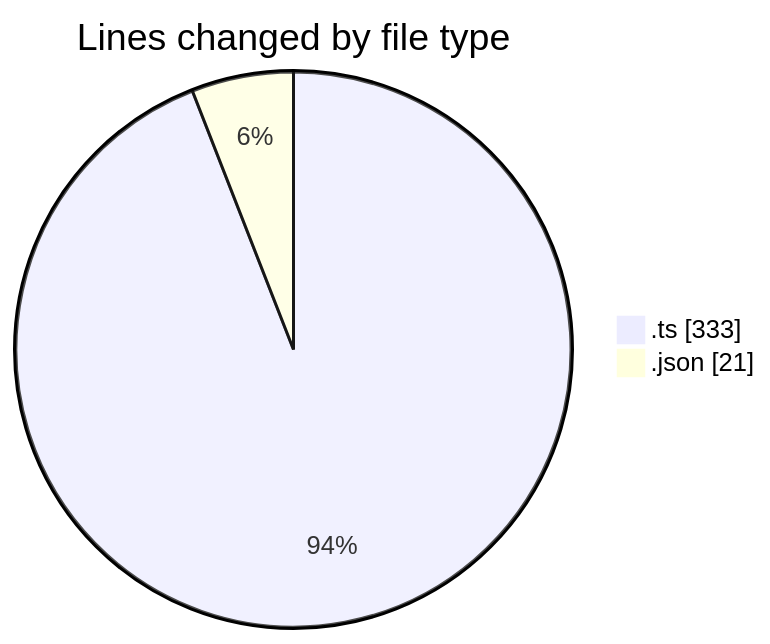
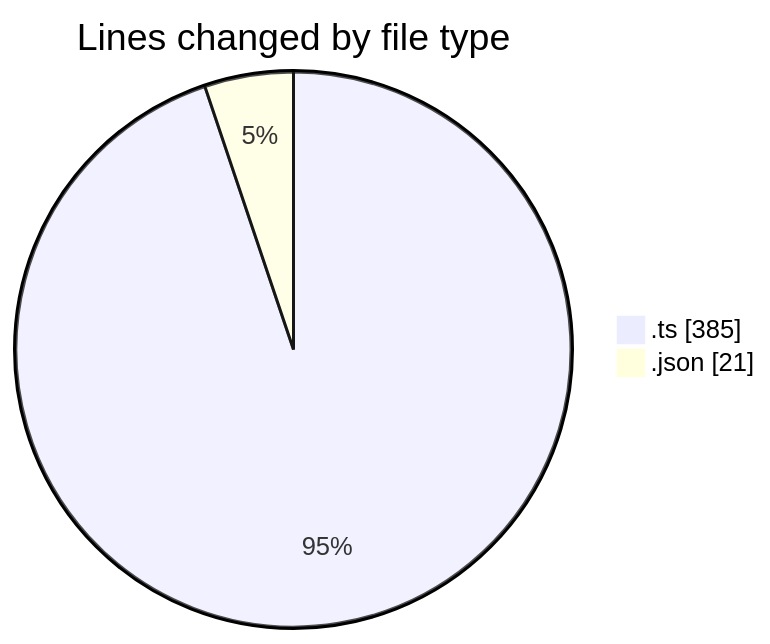
One commit to EIIisD/code-tracking changed the first of 2 diagrams in 2025-08-26/mcp-web/README.md. Above: the diagram before and after it, drawn with Mermaid. The commit also changed other lines of this file and 1 other file, not shown here.

````diff
--- a/2025-08-26/mcp-web/README.md
+++ b/2025-08-26/mcp-web/README.md
@@ -21,6 +21,6 @@
 ```mermaid
 pie showData
 title Lines changed by file type
-".ts" : 333
+".ts" : 385
 ".json" : 21
 ```
````
